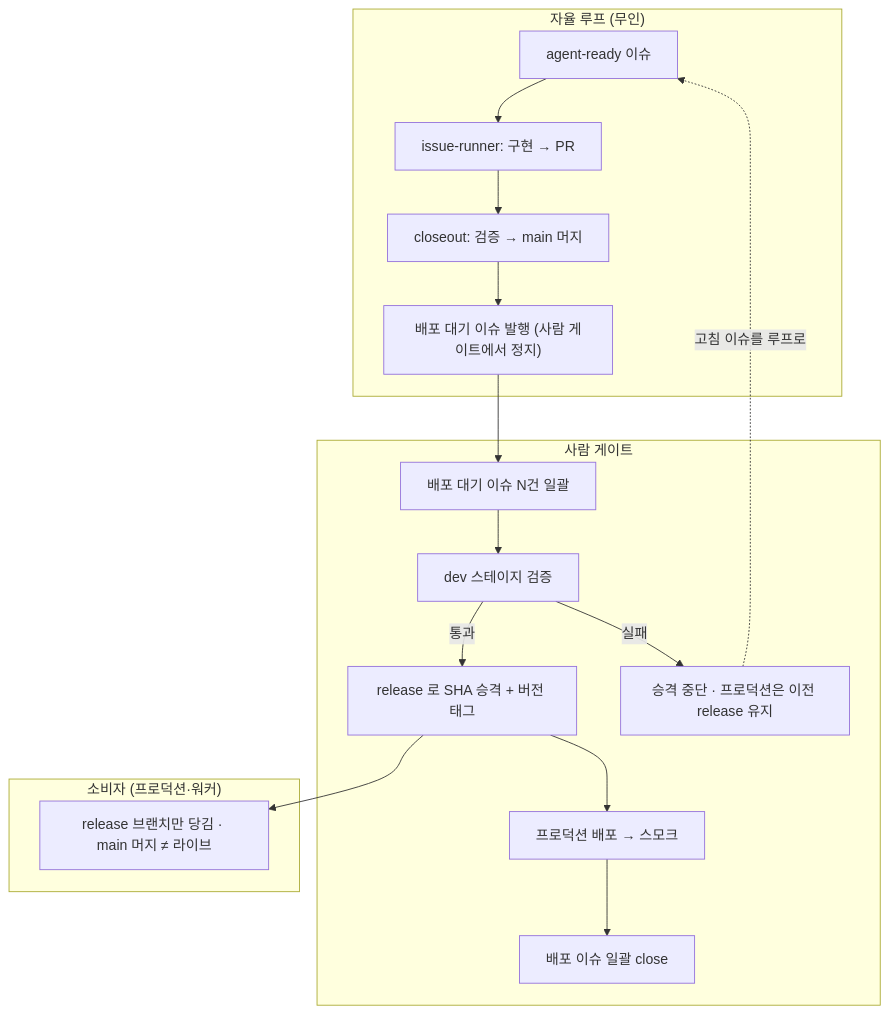
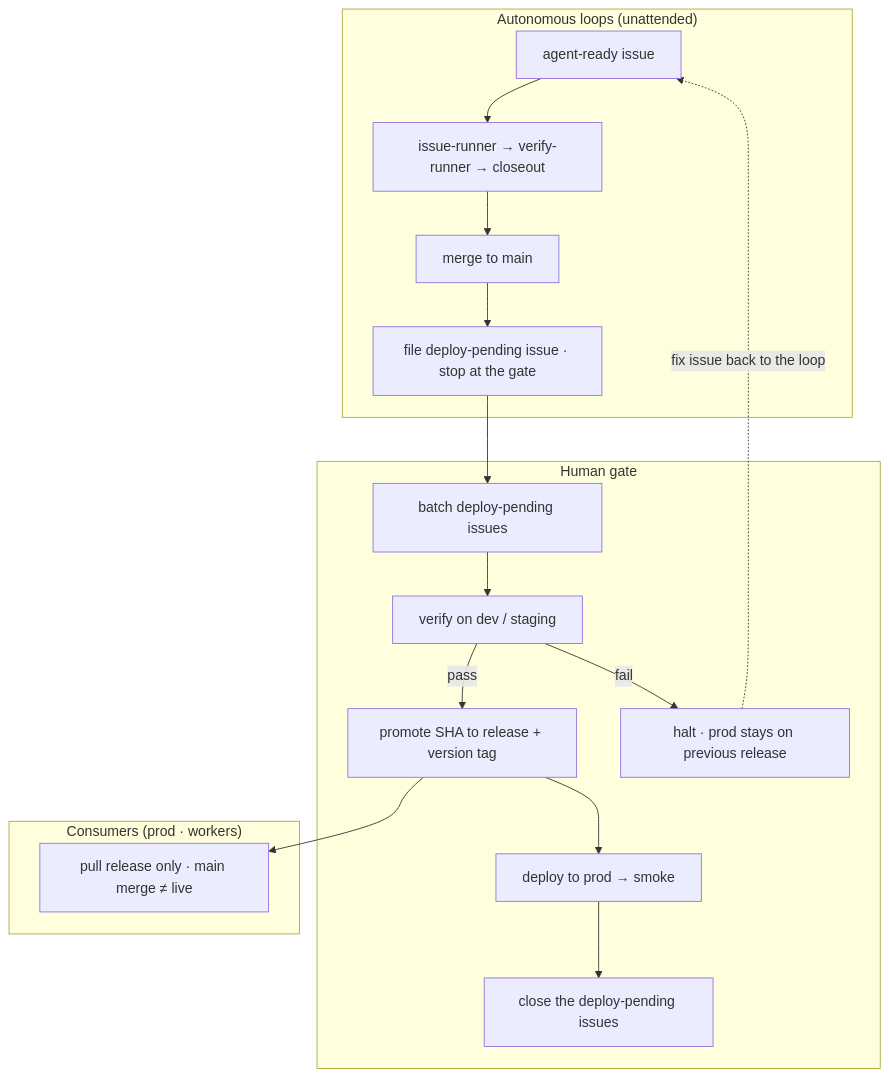
One commit to ggqgga/issue-runner changed the second of 2 diagrams in README.md. Above: the diagram before and after it, drawn with Mermaid. The commit also changed other lines of this file and 6 other files, not shown here.

First line of the commit message:
README 영문 주 페이지 재작성 + 한글 미러 + 히어로 배너 + 워크플로우 hook 3종 ship (#100)

````diff
--- a/README.md
+++ b/README.md
@@ -88,21 +147,21 @@
 ```mermaid
 flowchart TD
-  subgraph auto["자율 루프 (무인)"]
-    A1["agent-ready 이슈"] --> A2["issue-runner: 구현 → PR"]
-    A2 --> A3["closeout: 검증 → main 머지"]
-    A3 --> A4["배포 대기 이슈 발행 (사람 게이트에서 정지)"]
+  subgraph auto["Autonomous loops (unattended)"]
+    A1["agent-ready issue"] --> A2["issue-runner → verify-runner → closeout"]
+    A2 --> A3["merge to main"]
+    A3 --> A4["file deploy-pending issue · stop at the gate"]
   end
-  subgraph human["사람 게이트"]
-    H1["배포 대기 이슈 N건 일괄"] --> H2["dev 스테이지 검증"]
-    H2 -->|통과| H3["release 로 SHA 승격 + 버전 태그"]
-    H3 --> H4["프로덕션 배포 → 스모크"]
-    H4 --> H5["배포 이슈 일괄 close"]
-    H2 -->|실패| H6["승격 중단 · 프로덕션은 이전 release 유지"]
+  subgraph human["Human gate"]
+    H1["batch deploy-pending issues"] --> H2["verify on dev / staging"]
+    H2 -->|pass| H3["promote SHA to release + version tag"]
+    H3 --> H4["deploy to prod → smoke"]
+    H4 --> H5["close the deploy-pending issues"]
+    H2 -->|fail| H6["halt · prod stays on previous release"]
   end
-  subgraph consumer["소비자 (프로덕션·워커)"]
-    C1["release 브랜치만 당김 · main 머지 ≠ 라이브"]
+  subgraph consumer["Consumers (prod · workers)"]
+    C1["pull release only · main merge ≠ live"]
   end
   A4 --> H1
   H3 --> C1
-  H6 -.->|고침 이슈를 루프로| A1
+  H6 -.->|fix issue back to the loop| A1
 ```
````
